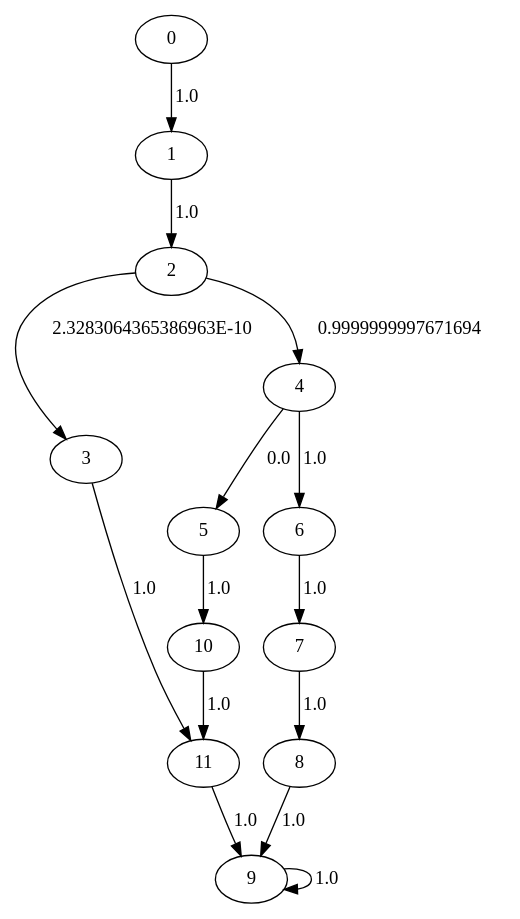
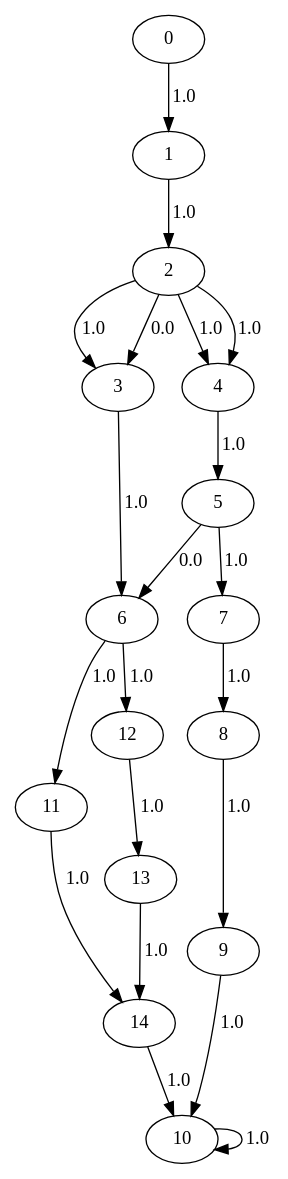
One commit to seemantasaha/DependencyAnalysis changed the diagram in LMain_test.dot. Above: the diagram before and after it, drawn with Graphviz. The commit also changed 15 other files, not shown here.

```diff
--- a/LMain_test.dot
+++ b/LMain_test.dot
@@ -1,16 +1,22 @@
 digraph {
+	11 -> 14[label= "1.0"];
+	12 -> 13[label= "1.0"];
+	13 -> 14[label= "1.0"];
+	14 -> 10[label= "1.0"];
 	0 -> 1[label= "1.0"];
-	11 -> 9[label= "1.0"];
 	1 -> 2[label= "1.0"];
-	2 -> 3[label= "2.3283064365386963E-10"];
-	2 -> 4[label= "0.9999999997671694"];
-	3 -> 11[label= "1.0"];
-	4 -> 5[label= "0.0"];
-	4 -> 6[label= "1.0"];
-	5 -> 10[label= "1.0"];
-	6 -> 7[label= "1.0"];
+	2 -> 3[label= "1.0"];
+	2 -> 4[label= "1.0"];
+	2 -> 3[label= "0.0"];
+	2 -> 4[label= "1.0"];
+	3 -> 6[label= "1.0"];
+	4 -> 5[label= "1.0"];
+	5 -> 6[label= "0.0"];
+	5 -> 7[label= "1.0"];
+	6 -> 11[label= "1.0"];
+	6 -> 12[label= "1.0"];
 	7 -> 8[label= "1.0"];
 	8 -> 9[label= "1.0"];
-	9 -> 9[label= "1.0"];
-	10 -> 11[label= "1.0"];
+	9 -> 10[label= "1.0"];
+	10 -> 10[label= "1.0"];
 }
```
